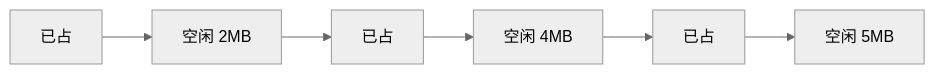
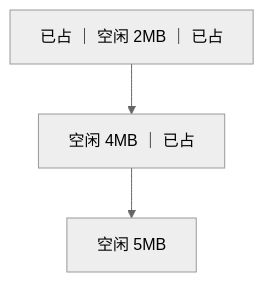
One commit to 74262195/system-architect-notes changed the third of 13 diagrams in 01_综合知识/01_计算机基础知识/02_操作系统/存储管理.md. Above: the diagram before and after it, drawn with Mermaid (neutral theme). The commit also changed other lines of this file, not shown here.

Commit message:
docs: optimize memory diagrams for readable width

````diff
--- a/01_综合知识/01_计算机基础知识/02_操作系统/存储管理.md
+++ b/01_综合知识/01_计算机基础知识/02_操作系统/存储管理.md
@@ -106,4 +106,7 @@
 ```mermaid
-flowchart LR
-  A[已占] --> B[空闲 2MB] --> C[已占] --> D[空闲 4MB] --> E[已占] --> F[空闲 5MB]
+flowchart TB
+  A[已占 ｜ 空闲 2MB ｜ 已占]
+  B[空闲 4MB ｜ 已占]
+  C[空闲 5MB]
+  A --> B --> C
 ```
````
